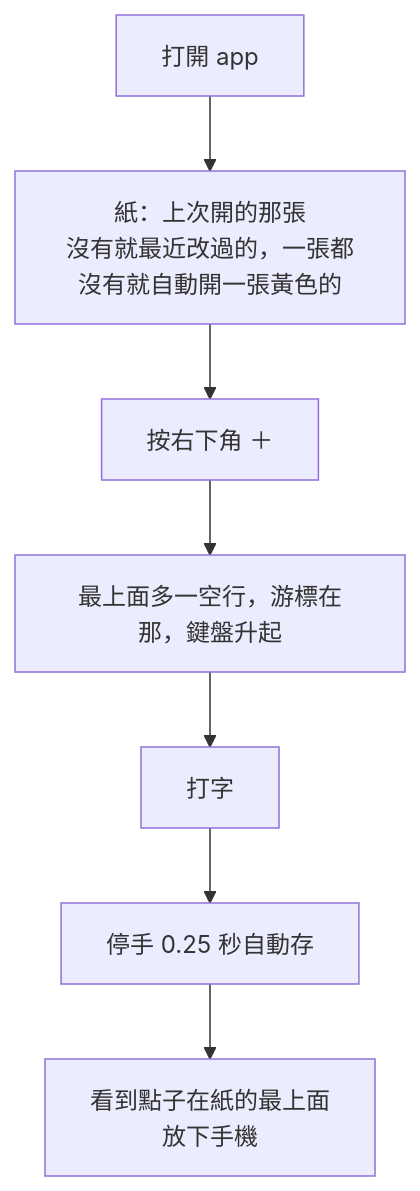
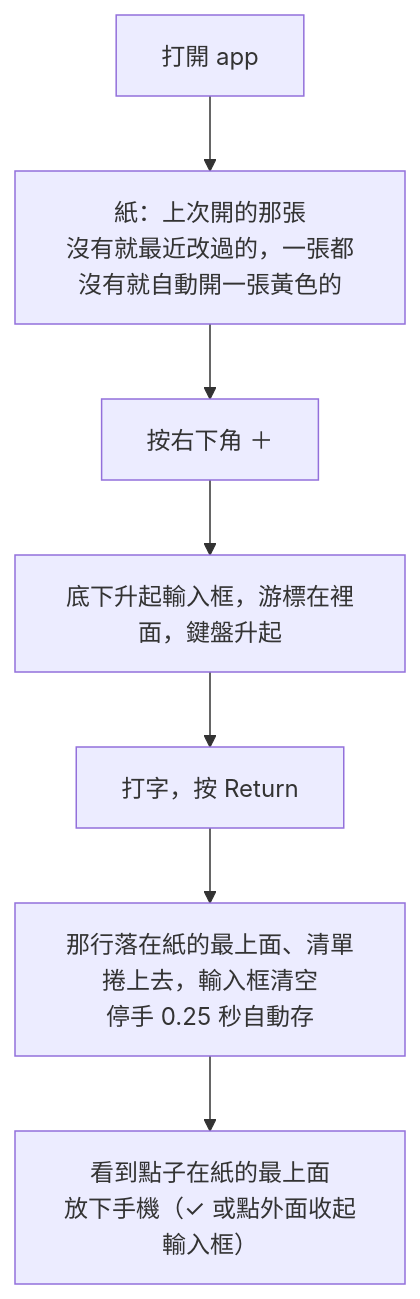
The first of 7 diagrams in .uiux/02-流程-暫定.md (domyweb666/qieji-app), drawn with Mermaid before and after one commit. The commit also changed other lines of this file and 12 other files, not shown here.

Commit message:
茄記：右下 ＋ 改成從底下升起的輸入框（多米 2026-11-01）：Return 送出一行到最上面、清單捲上去、框清空不收；✓、點外面、切 app、換紙有字就先送出再收起；新的一張與膠囊 ＋ 也開它；跟著字長高最多四行；設計檔同步，待真機

````diff
--- a/.uiux/02-流程-暫定.md
+++ b/.uiux/02-流程-暫定.md
@@ -43,9 +43,9 @@
 ```mermaid
 flowchart TD
   A[打開 app] --> B[紙：上次開的那張<br>沒有就最近改過的，一張都沒有就自動開一張黃色的]
   B --> C[按右下角 ＋]
-  C --> D[最上面多一空行，游標在那，鍵盤升起]
-  D --> E[打字]
-  E --> F[停手 0.25 秒自動存]
-  F --> G[看到點子在紙的最上面<br>放下手機]
+  C --> D[底下升起輸入框，游標在裡面，鍵盤升起]
+  D --> E[打字，按 Return]
+  E --> F[那行落在紙的最上面、清單捲上去，輸入框清空<br>停手 0.25 秒自動存]
+  F --> G[看到點子在紙的最上面<br>放下手機（✓ 或點外面收起輸入框）]
 ```
````
